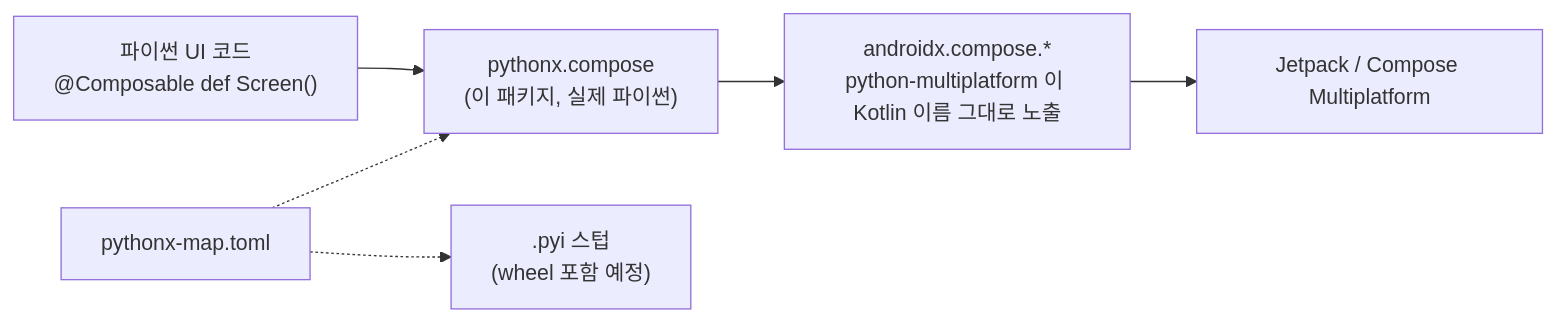
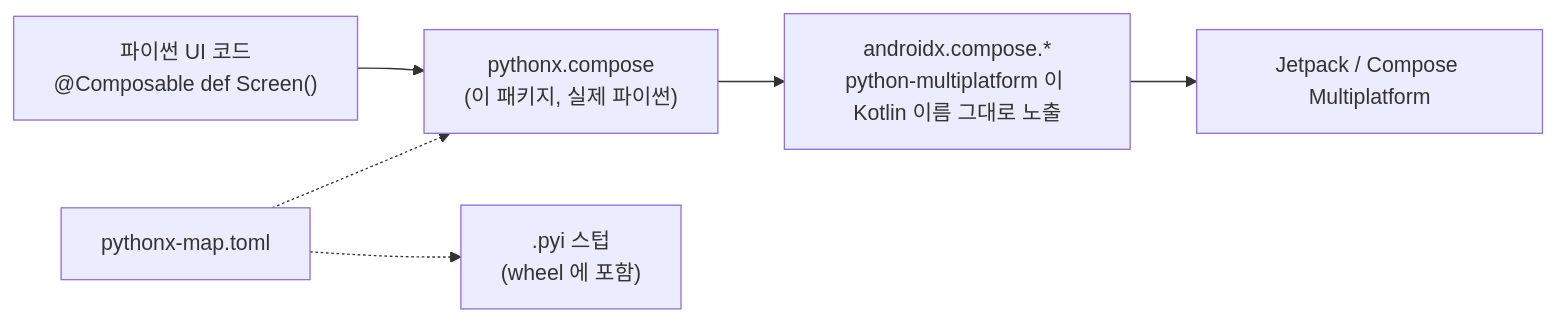
One commit to thisisthepy/pythonx-compose changed the diagram in docs/locale/README_ko.md. Above: the diagram before and after it, drawn with Mermaid. The commit also changed other lines of this file and 29 other files, not shown here.

````diff
--- a/docs/locale/README_ko.md
+++ b/docs/locale/README_ko.md
@@ -62,8 +62,8 @@
 ```mermaid
 flowchart LR
     app["파이썬 UI 코드<br/>@Composable def Screen()"] --> px["pythonx.compose<br/>(이 패키지, 실제 파이썬)"]
     px --> ax["androidx.compose.*<br/>python-multiplatform 이 Kotlin 이름 그대로 노출"]
     ax --> compose["Jetpack / Compose Multiplatform"]
     map["pythonx-map.toml"] -.-> px
-    map -.-> pyi[".pyi 스텁<br/>(wheel 포함 예정)"]
+    map -.-> pyi[".pyi 스텁<br/>(wheel 에 포함)"]
 ```
````
